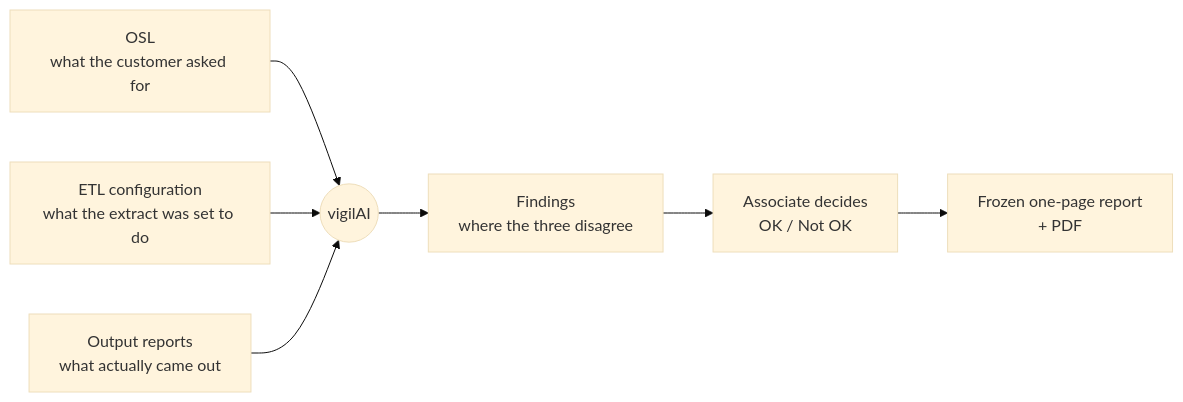
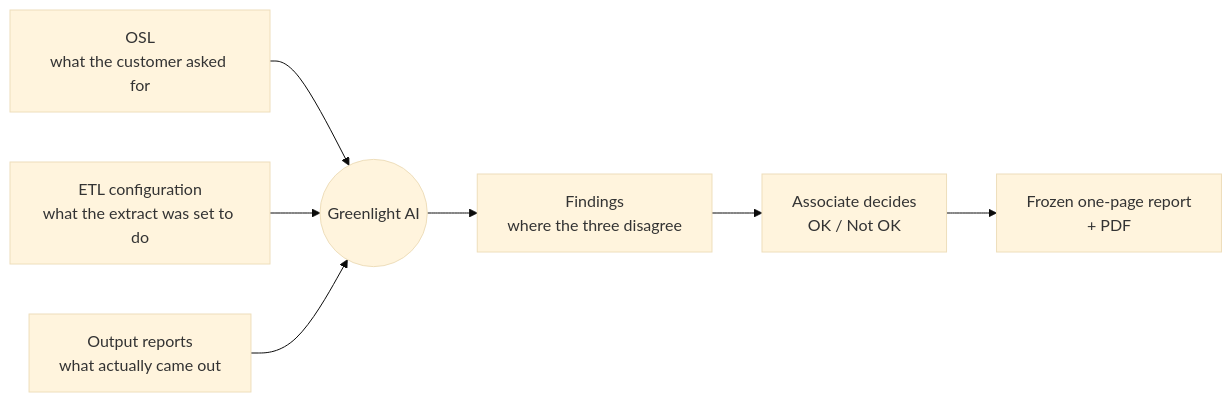
The first of 8 diagrams in docs/presentation-brief.md (rjoshig/vigilAI), drawn with Mermaid (base theme) before and after one commit. The commit also changed other lines of this file and 23 other files, not shown here.

````diff
--- a/docs/presentation-brief.md
+++ b/docs/presentation-brief.md
@@ -36,9 +36,9 @@
 ```mermaid
 flowchart LR
-    OSL[OSL<br/>what the customer asked for] --> V((vigilAI))
+    OSL[OSL<br/>what the customer asked for] --> V((Greenlight AI))
     CFG[ETL configuration<br/>what the extract was set to do] --> V
     REP[Output reports<br/>what actually came out] --> V
     V --> F[Findings<br/>where the three disagree]
     F --> A[Associate decides<br/>OK / Not OK]
     A --> R[Frozen one-page report<br/>+ PDF]
 ```
````
